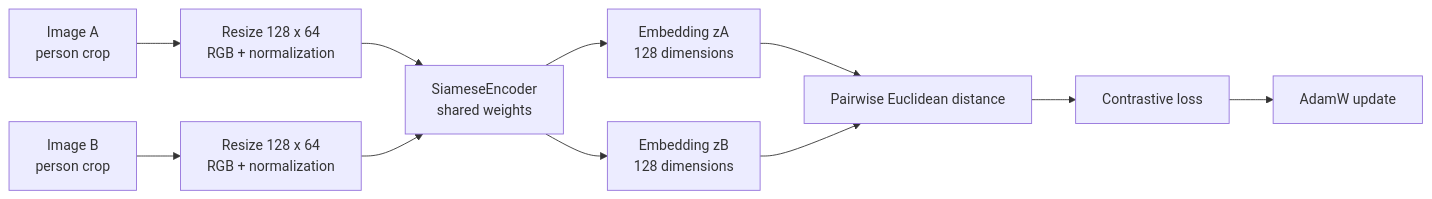
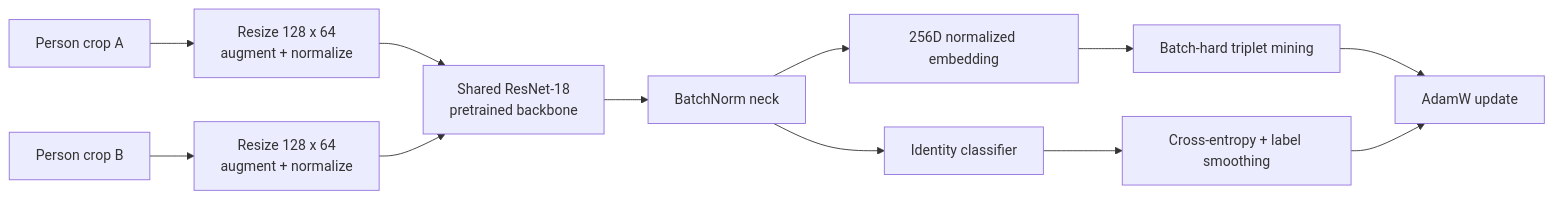
Before and after one commit to sagar-grv/Siamese-Person-ReID: the diagram in TECHNICAL_README.md, drawn with Mermaid. The commit also changed other lines of this file and 12 other files, not shown here.

````diff
--- a/TECHNICAL_README.md
+++ b/TECHNICAL_README.md
@@ -23,13 +23,14 @@
 ```mermaid
 flowchart LR
-    A[Image A<br/>person crop] --> PA[Resize 128 x 64<br/>RGB + normalization]
-    B[Image B<br/>person crop] --> PB[Resize 128 x 64<br/>RGB + normalization]
-    PA --> E[SiameseEncoder<br/>shared weights]
+    A[Person crop A] --> PA[Resize 128 x 64<br/>augment + normalize]
+    B[Person crop B] --> PB[Resize 128 x 64<br/>augment + normalize]
+    PA --> E[Shared ResNet-18<br/>pretrained backbone]
     PB --> E
-    E --> ZA[Embedding zA<br/>128 dimensions]
-    E --> ZB[Embedding zB<br/>128 dimensions]
-    ZA --> D[Pairwise Euclidean distance]
-    ZB --> D
-    D --> L[Contrastive loss]
-    L --> U[AdamW update]
+    E --> BN[BatchNorm neck]
+    BN --> Z[256D normalized embedding]
+    BN --> C[Identity classifier]
+    Z --> H[Batch-hard triplet mining]
+    C --> CE[Cross-entropy + label smoothing]
+    H --> U[AdamW update]
+    CE --> U
 ```
````
